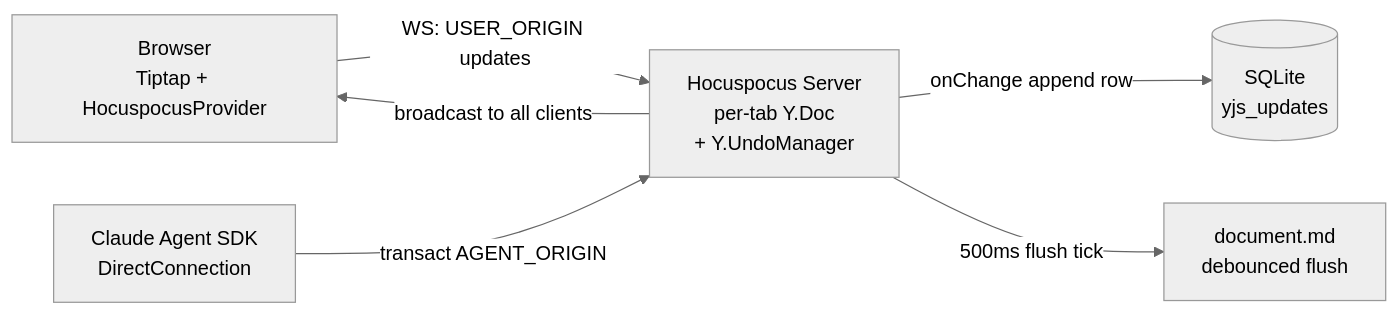
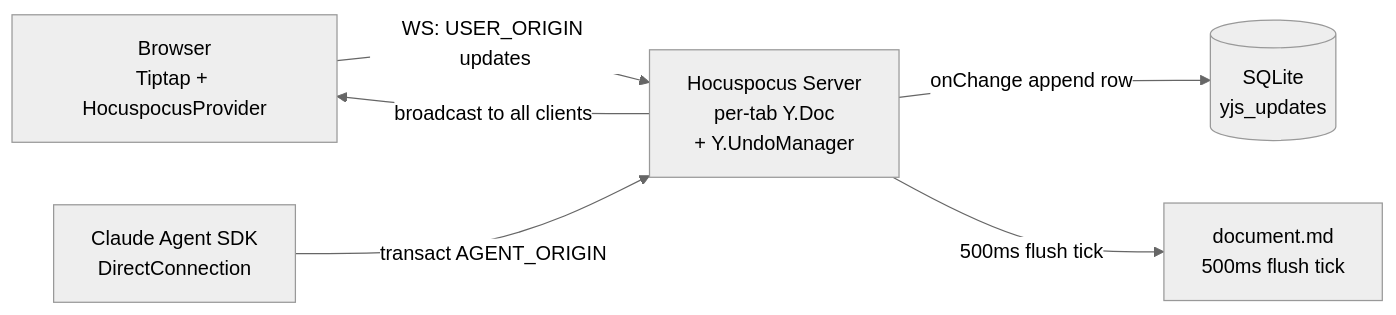
Before and after one commit to docwriter-org/docwriter: the first of 11 diagrams in ARCHITECTURE.md, drawn with Mermaid (neutral theme). The commit also changed other lines of this file and 2 other files, not shown here.

````diff
--- a/ARCHITECTURE.md
+++ b/ARCHITECTURE.md
@@ -32,14 +32,14 @@
 ```mermaid
 flowchart LR
   User[Browser<br/>Tiptap + HocuspocusProvider]
   Agent[Claude Agent SDK<br/>DirectConnection]
   Hoco[Hocuspocus Server<br/>per-tab Y.Doc<br/>+ Y.UndoManager]
   DB[(SQLite<br/>yjs_updates)]
-  Disk[document.md<br/>debounced flush]
+  Disk[document.md<br/>500ms flush tick]
 
   User -- WS: USER_ORIGIN updates --> Hoco
   Agent -- transact AGENT_ORIGIN --> Hoco
   Hoco -- onChange append row --> DB
   Hoco -- 500ms flush tick --> Disk
   Hoco -- broadcast to all clients --> User
 ```
````
